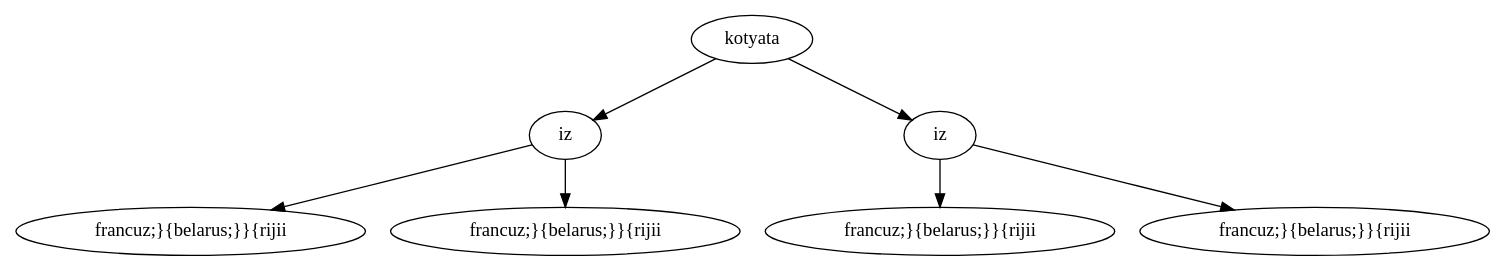
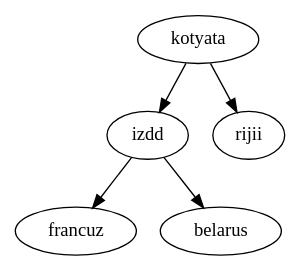
Before and after one commit to matmuher/flip-flop: the diagram in akinator/ak.dot, drawn with Graphviz. The commit also changed 7 other files, not shown here.

```diff
--- a/akinator/ak.dot
+++ b/akinator/ak.dot
@@ -1,15 +1,11 @@
 digraph G {
-A00024290 [label = "kotyata"];
-A00024290 -> A000242B8;
-A00024290 -> A00024360;
-A000242B8 [label = "iz"];
-A000242B8 -> A000242F8;
-A000242B8 -> A00024338;
-A000242F8 [label = "francuz;}{belarus;}}{rijii"];
-A00024338 [label = "francuz;}{belarus;}}{rijii"];
-A00024360 [label = "iz"];
-A00024360 -> A000243A0;
-A00024360 -> A000243E0;
-A000243A0 [label = "francuz;}{belarus;}}{rijii"];
-A000243E0 [label = "francuz;}{belarus;}}{rijii"];
+A00D82270 [label = "kotyata"];
+A00D82270 -> A00D82298;
+A00D82270 -> A00D82310;
+A00D82298 [label = "izdd"];
+A00D82298 -> A00D822C0;
+A00D82298 -> A00D822E8;
+A00D822C0 [label = "francuz"];
+A00D822E8 [label = "belarus"];
+A00D82310 [label = "rijii"];
 }
```
